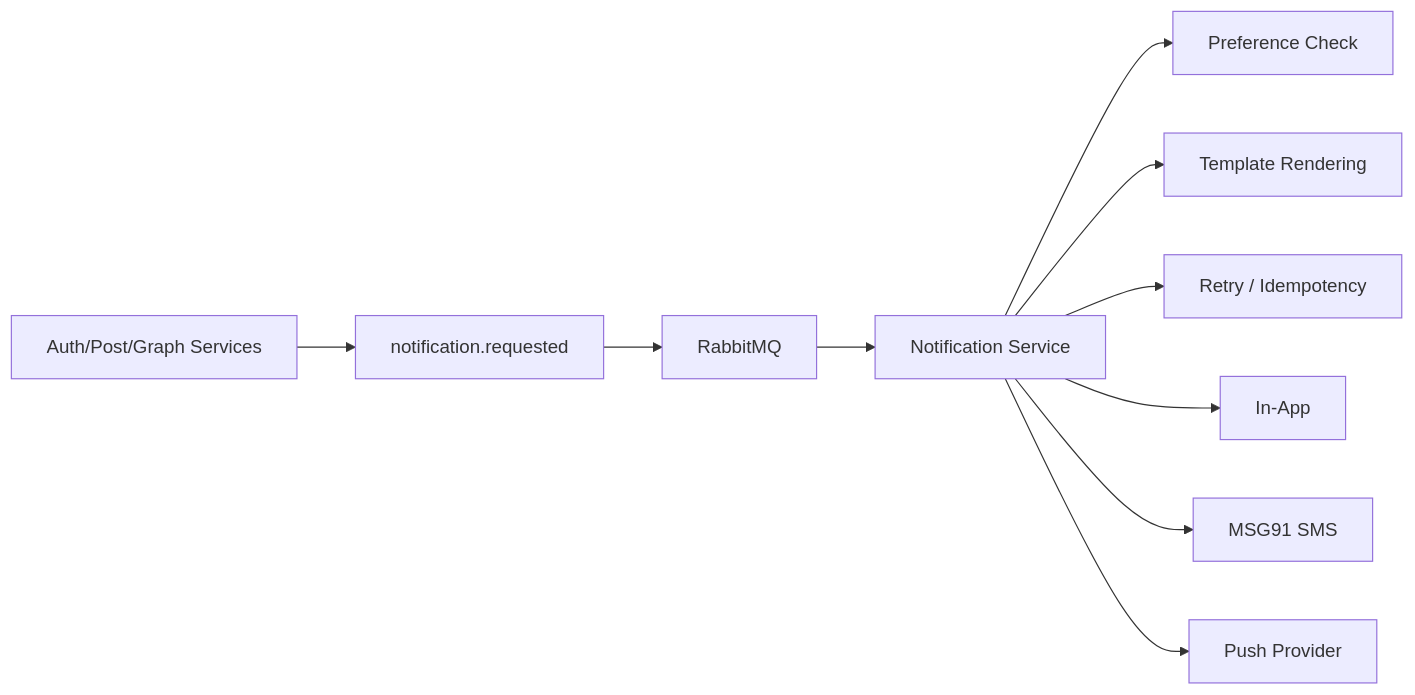
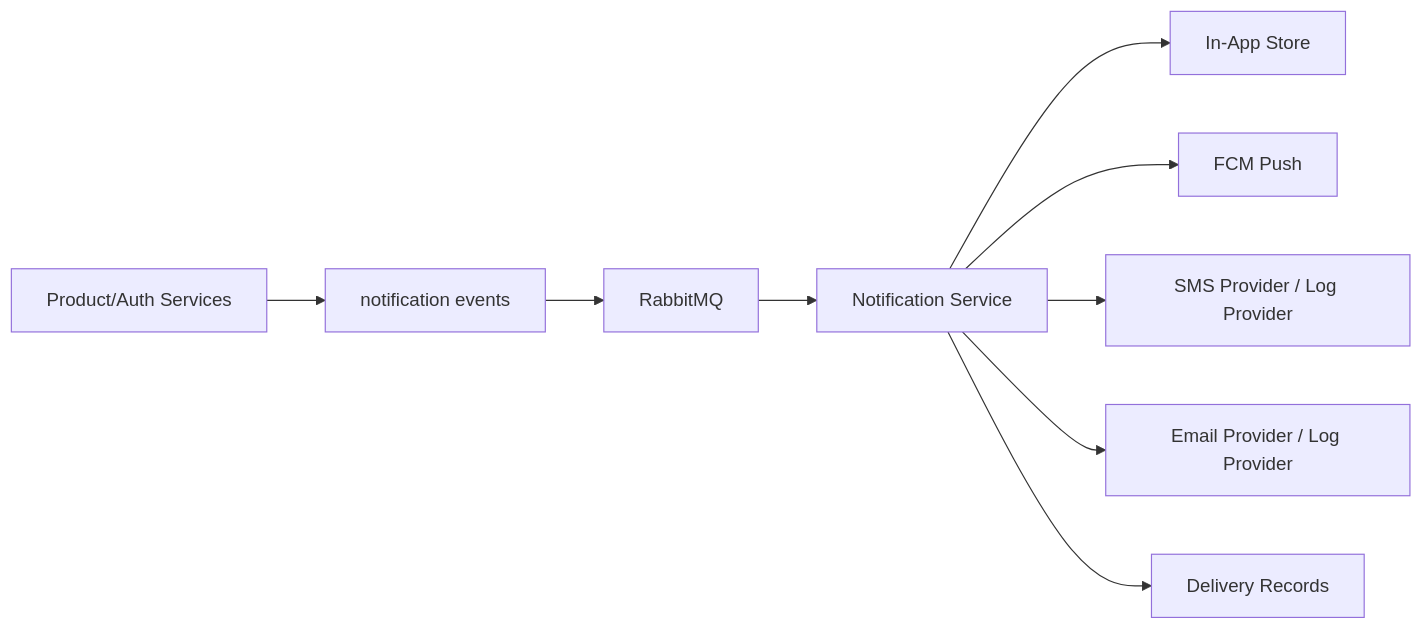
One commit to joyscripts/x.com changed the fourth of 4 diagrams in docs/system-design.md. Above: the diagram before and after it, drawn with Mermaid. The commit also changed other lines of this file and 9 other files, not shown here.

````diff
--- a/docs/system-design.md
+++ b/docs/system-design.md
@@ -535,12 +363,11 @@
 ```mermaid
 flowchart LR
-    A["Auth/Post/Graph Services"] --> B["notification.requested"]
-    B --> MQ["RabbitMQ"]
+    P["Product/Auth Services"] --> E["notification events"]
+    E --> MQ["RabbitMQ"]
     MQ --> N["Notification Service"]
-    N --> P["Preference Check"]
-    N --> T["Template Rendering"]
-    N --> R["Retry / Idempotency"]
-    N --> I["In-App"]
-    N --> S["MSG91 SMS"]
-    N --> U["Push Provider"]
+    N --> I["In-App Store"]
+    N --> F["FCM Push"]
+    N --> SMS["SMS Provider / Log Provider"]
+    N --> EM["Email Provider / Log Provider"]
+    N --> D["Delivery Records"]
 ```
````
